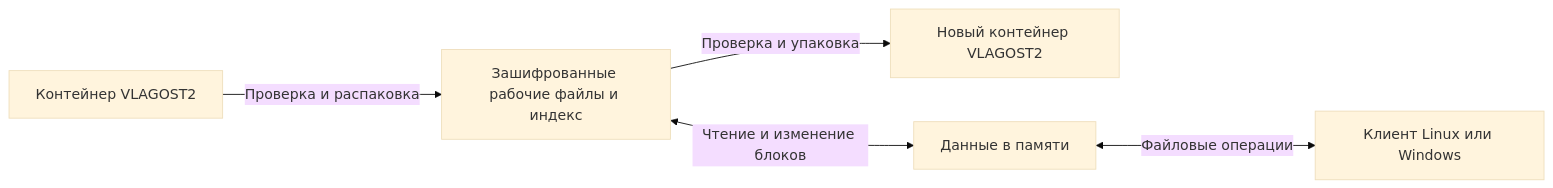
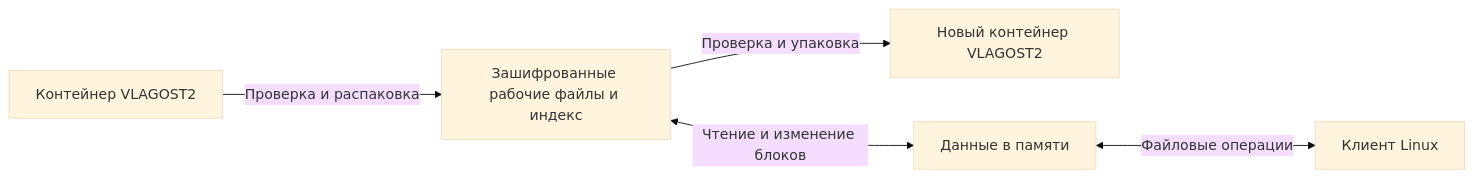
Before and after one commit to aichatvit/vault-lab: the diagram in docs/ARCHITECTURE.md, drawn with Mermaid (base theme). The commit also changed other lines of this file and 26 other files, not shown here.

````diff
--- a/docs/ARCHITECTURE.md
+++ b/docs/ARCHITECTURE.md
@@ -10,7 +9,7 @@
 ```mermaid
 flowchart LR
     C[Контейнер VLAGOST2] -->|Проверка и распаковка| W[Зашифрованные рабочие файлы и индекс]
     W -->|Проверка и упаковка| N[Новый контейнер VLAGOST2]
     W <-->|Чтение и изменение блоков| S[Данные в памяти]
-    S <-->|Файловые операции| U[Клиент Linux или Windows]
+    S <-->|Файловые операции| U[Клиент Linux]
 ```
````
